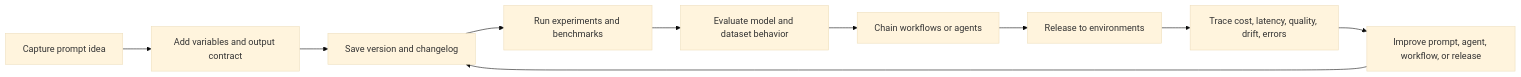
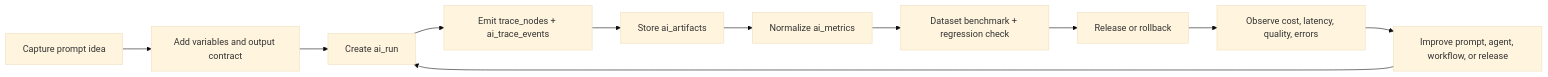
One commit to obone410/AI-Prompt-Management-Platform changed the first of 2 diagrams in README.md. Above: the diagram before and after it, drawn with Mermaid (base theme). The commit also changed other lines of this file and 22 other files, not shown here.

````diff
--- a/README.md
+++ b/README.md
@@ -89,12 +90,13 @@
 ```mermaid
 flowchart LR
   Capture["Capture prompt idea"] --> Structure["Add variables and output contract"]
-  Structure --> Version["Save version and changelog"]
-  Version --> Experiment["Run experiments and benchmarks"]
-  Experiment --> Evaluate["Evaluate model and dataset behavior"]
-  Evaluate --> Workflow["Chain workflows or agents"]
-  Workflow --> Deploy["Release to environments"]
-  Deploy --> Observe["Trace cost, latency, quality, drift, errors"]
+  Structure --> Run["Create ai_run"]
+  Run --> Trace["Emit trace_nodes + ai_trace_events"]
+  Trace --> Artifact["Store ai_artifacts"]
+  Artifact --> Metrics["Normalize ai_metrics"]
+  Metrics --> Benchmark["Dataset benchmark + regression check"]
+  Benchmark --> Release["Release or rollback"]
+  Release --> Observe["Observe cost, latency, quality, errors"]
   Observe --> Improve["Improve prompt, agent, workflow, or release"]
-  Improve --> Version
+  Improve --> Run
 ```
````
